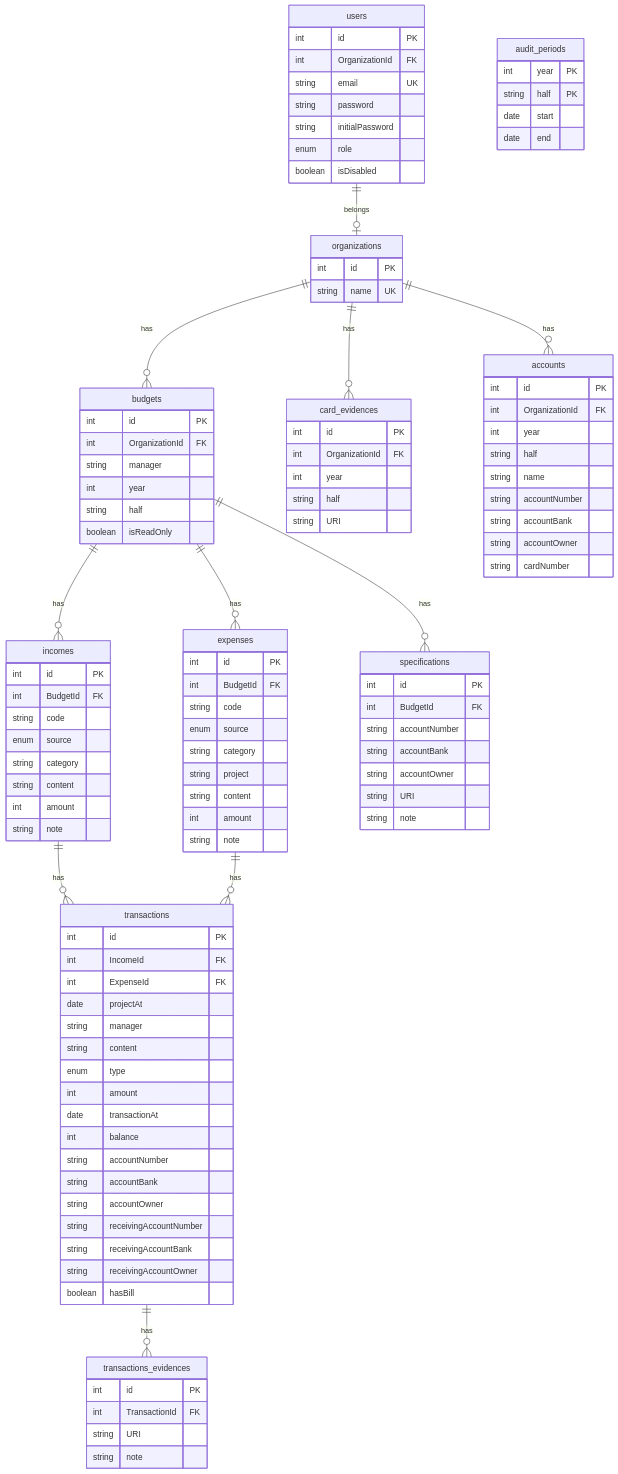
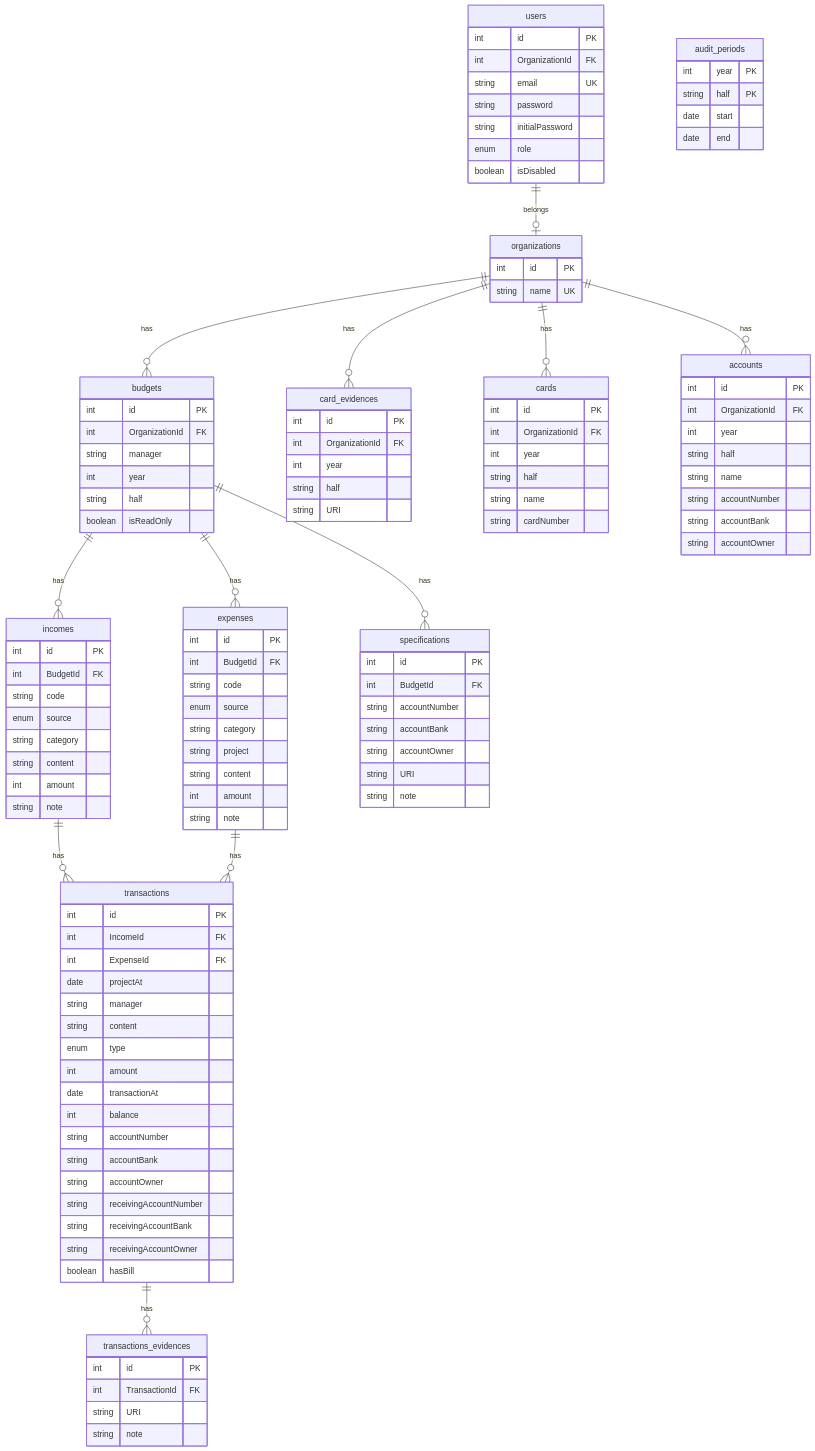
One commit to tnqja0227/board-of-audit-and-inspection-system changed the first of 2 diagrams in README.md. Above: the diagram before and after it, drawn with Mermaid.

````diff
--- a/README.md
+++ b/README.md
@@ -126,6 +126,15 @@
         string half
         string URI
     }
+    organizations ||--o{ cards: has
+    cards {
+        int id PK
+        int OrganizationId FK
+        int year
+        string half
+        string name
+        string cardNumber
+    }
     organizations ||--o{ accounts : has
     accounts {
         int id PK
@@ -136,6 +145,5 @@
         string accountNumber
         string accountBank
         string accountOwner
-        string cardNumber
     }
 ```
````
